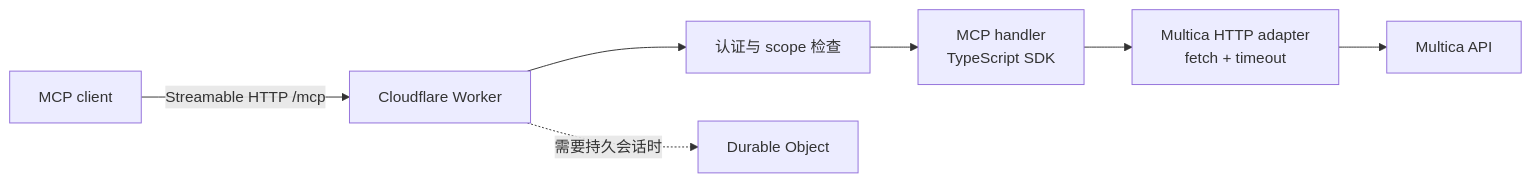
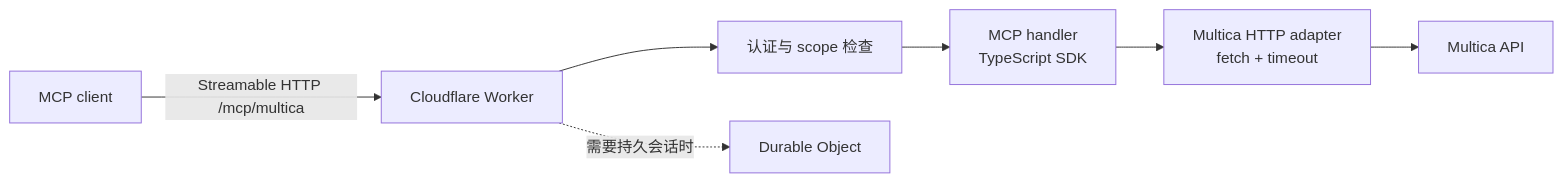
Before and after one commit to kongken/mcpz: the diagram in docs/research/multica-mcp-cloudflare-language.md, drawn with Mermaid. The commit also changed other lines of this file and 3 other files, not shown here.

Commit message:
feat: namespace Multica MCP endpoint

````diff
--- a/docs/research/multica-mcp-cloudflare-language.md
+++ b/docs/research/multica-mcp-cloudflare-language.md
@@ -31,9 +31,9 @@
 ```mermaid
 flowchart LR
-  C[MCP client] -->|Streamable HTTP /mcp| W[Cloudflare Worker]
+  C[MCP client] -->|Streamable HTTP /mcp/multica| W[Cloudflare Worker]
   W --> A[认证与 scope 检查]
   A --> H[MCP handler\nTypeScript SDK]
   H --> M[Multica HTTP adapter\nfetch + timeout]
   M --> X[Multica API]
   W -.需要持久会话时.-> D[Durable Object]
 ```
````
